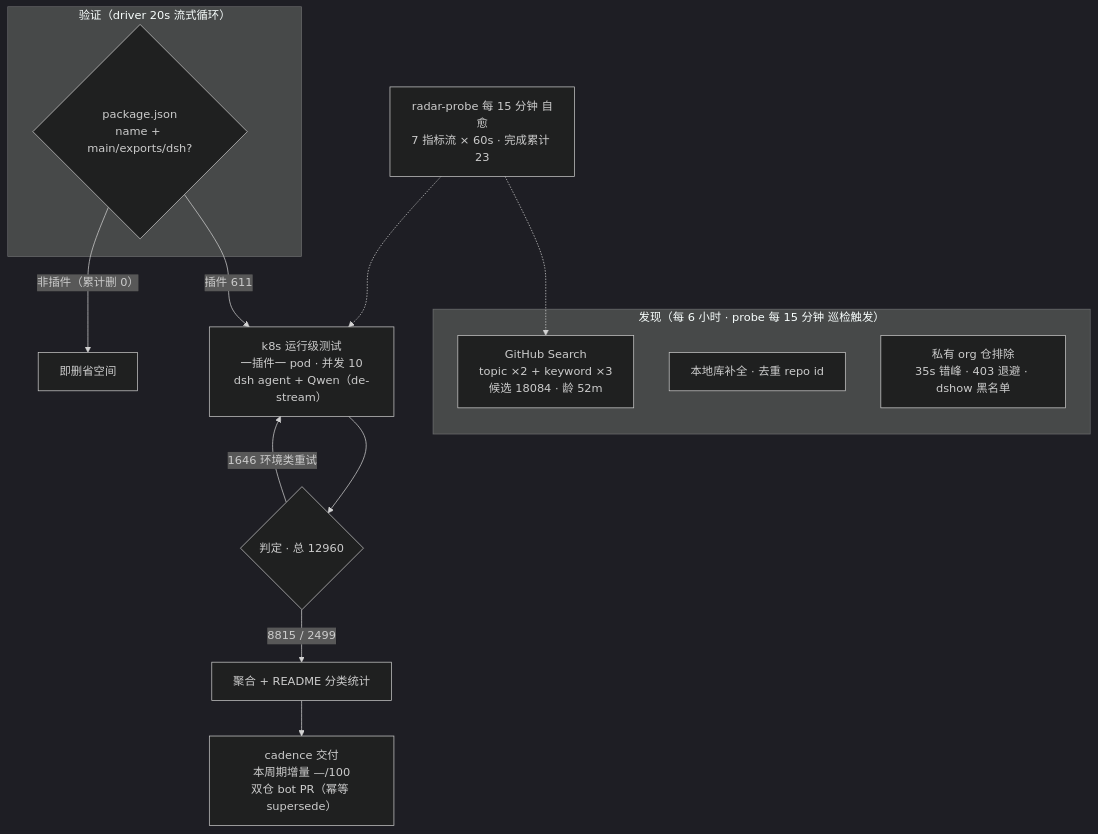
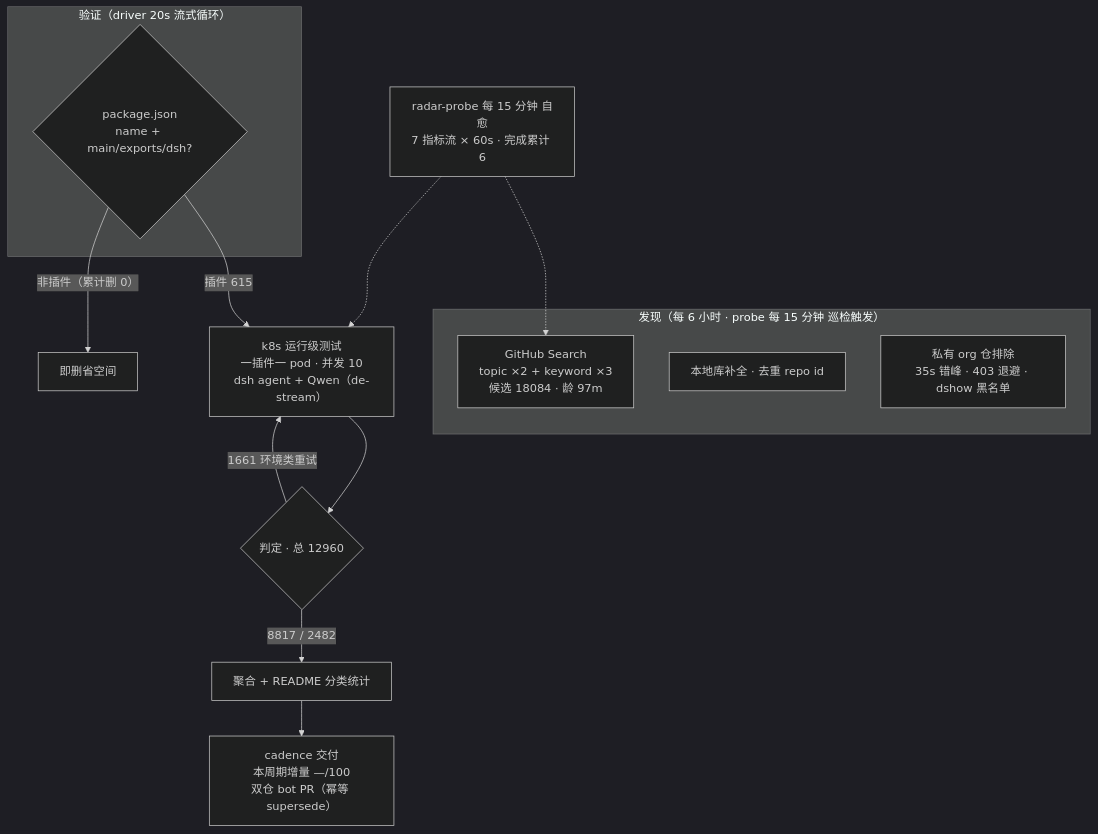
The diagram in README.md (AdamPlatin123/awesome-dsh-plugins), drawn with Mermaid (dark theme) before and after one commit. The commit also changed other lines of this file and 5 other files, not shown here.

````diff
--- a/README.md
+++ b/README.md
@@ -52,20 +52,20 @@
 ```mermaid
 flowchart TB
     subgraph Discovery["发现（每 6 小时 · probe 每 15 分钟 巡检触发）"]
-        A1["GitHub Search<br/>topic ×2 + keyword ×3<br/>候选 18084 · 龄 52m"]
+        A1["GitHub Search<br/>topic ×2 + keyword ×3<br/>候选 18084 · 龄 97m"]
         A2["本地库补全 · 去重 repo id"]
         A3["私有 org 仓排除<br/>35s 错峰 · 403 退避 · dshow 黑名单"]
     end
     subgraph Validation["验证（driver 20s 流式循环）"]
         B1{"package.json<br/>name + main/exports/dsh?"}
     end
-    B1 -->|"插件 611"| C1["k8s 运行级测试<br/>一插件一 pod · 并发 10<br/>dsh agent + Qwen（de-stream）"]
+    B1 -->|"插件 615"| C1["k8s 运行级测试<br/>一插件一 pod · 并发 10<br/>dsh agent + Qwen（de-stream）"]
     B1 -->|"非插件（累计删 0）"| B3["即删省空间"]
     C1 --> D1{"判定 · 总 12960"}
-    D1 -->|"8815 / 2499"| E1["聚合 + README 分类统计"]
-    D1 -->|"1646 环境类重试"| C1
+    D1 -->|"8817 / 2482"| E1["聚合 + README 分类统计"]
+    D1 -->|"1661 环境类重试"| C1
     E1 --> E2["cadence 交付<br/>本周期增量 —/100<br/>双仓 bot PR（幂等 supersede）"]
-    M["radar-probe 每 15 分钟 自愈<br/>7 指标流 × 60s · 完成累计 23"]
+    M["radar-probe 每 15 分钟 自愈<br/>7 指标流 × 60s · 完成累计 6"]
     M -.-> A1
     M -.-> C1
 ```
````
